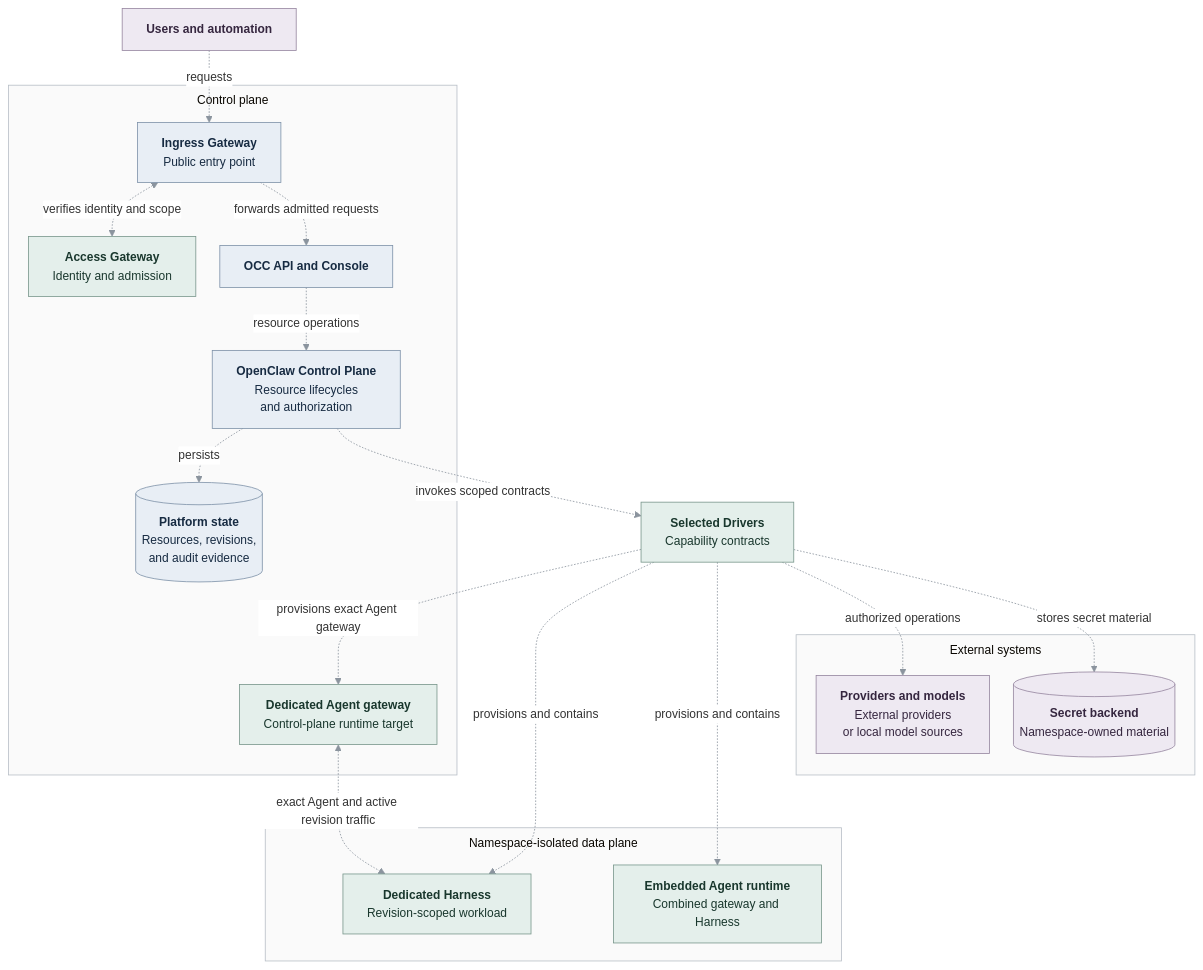
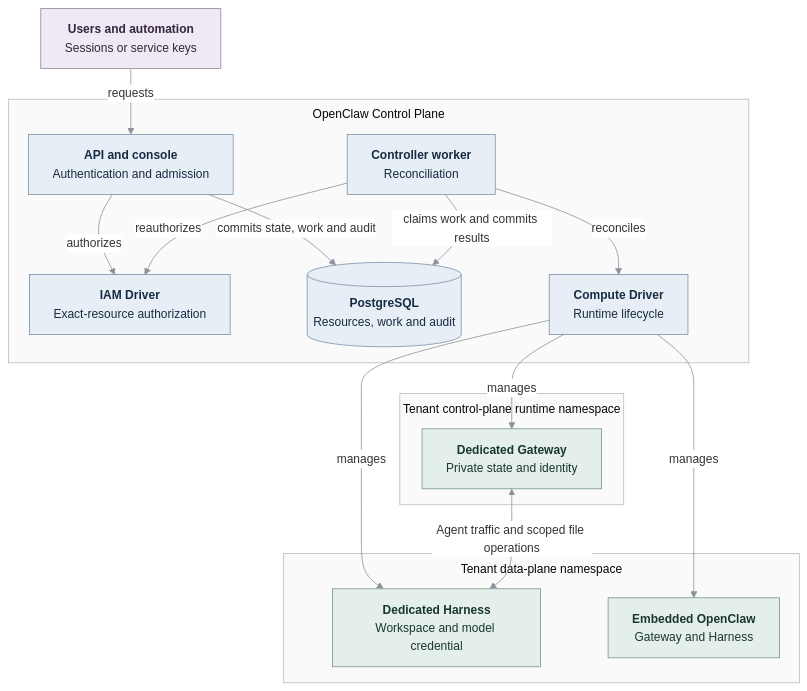
One commit to IsaiahStapleton/openclaw-enterprise changed the diagram in docs/design.md. Above: the diagram before and after it, drawn with Mermaid. The commit also changed other lines of this file and 22 other files, not shown here.

Commit message:
docs: consolidate platform architecture and implementation status

````diff
--- a/docs/design.md
+++ b/docs/design.md
@@ -152,63 +70,52 @@
 ```mermaid
 ---
 config:
   theme: base
+  htmlLabels: true
   themeVariables:
     fontSize: 15px
     lineColor: "#8b949e"
     edgeLabelBackground: "#ffffff"
   flowchart:
-    htmlLabels: true
     nodeSpacing: 30
-    rankSpacing: 45
+    rankSpacing: 40
     subGraphTitleMargin:
       top: 8
       bottom: 16
 ---
 flowchart TB
-    USERS["<b>Users and automation</b>"]
-
-    subgraph CONTROL["Control plane"]
-        INGRESS["<b>Ingress Gateway</b><br/>Public entry point"]
-        OAG["<b>Access Gateway</b><br/>Identity and admission"]
-        SURFACES["<b>OCC API and Console</b>"]
-        OCC["<b>OpenClaw Control Plane</b><br/>Resource lifecycles<br/>and authorization"]
-        STATE[("<b>Platform state</b><br/>Resources, revisions,<br/>and audit evidence")]
-        GATEWAY["<b>Dedicated Agent gateway</b><br/>Control-plane runtime target"]
+    USER["<b>Users and automation</b><br/>Sessions or service keys"]
+    subgraph OCC["OpenClaw Control Plane"]
+        API["<b>API and console</b><br/>Authentication and admission"]
+        IAM["<b>IAM Driver</b><br/>Exact-resource authorization"]
+        DB[("<b>PostgreSQL</b><br/>Resources, work and audit")]
+        WORKER["<b>Controller worker</b><br/>Reconciliation"]
+        COMPUTE["<b>Compute Driver</b><br/>Runtime lifecycle"]
     end
-
-    DRIVERS["<b>Selected Drivers</b><br/>Capability contracts"]
-
-    subgraph DATA["Namespace-isolated data plane"]
-        HARNESS["<b>Dedicated Harness</b><br/>Revision-scoped workload"]
-        EMBEDDED["<b>Embedded Agent runtime</b><br/>Combined gateway and Harness"]
+    subgraph CP["Tenant control-plane runtime namespace"]
+        GATEWAY["<b>Dedicated Gateway</b><br/>Private state and identity"]
     end
-
-    subgraph EXTERNAL["External systems"]
-        PROVIDERS["<b>Providers and models</b><br/>External providers<br/>or local model sources"]
-        SECRETS[("<b>Secret backend</b><br/>Namespace-owned material")]
+    subgraph DP["Tenant data-plane namespace"]
+        HARNESS["<b>Dedicated Harness</b><br/>Workspace and model credential"]
+        EMBEDDED["<b>Embedded OpenClaw</b><br/>Gateway and Harness"]
     end
-
-    USERS -.->|"requests"| INGRESS
-    INGRESS <-.->|"verifies identity and scope"| OAG
-    INGRESS -.->|"forwards admitted requests"| SURFACES
-    SURFACES -.->|"resource operations"| OCC
-    OCC -.->|"persists"| STATE
-    OCC -.->|"invokes scoped contracts"| DRIVERS
-    DRIVERS -.->|"provisions exact Agent gateway"| GATEWAY
-    DRIVERS -.->|"provisions and contains"| HARNESS
-    DRIVERS -.->|"provisions and contains"| EMBEDDED
-    GATEWAY <-.->|"exact Agent and active revision traffic"| HARNESS
-    DRIVERS -.->|"authorized operations"| PROVIDERS
-    DRIVERS -.->|"stores secret material"| SECRETS
-
+    USER -->|"requests"| API
+    API -->|"authorizes"| IAM
+    API -->|"commits state, work and audit"| DB
+    WORKER -->|"claims work and commits results"| DB
+    WORKER -->|"reauthorizes"| IAM
+    WORKER -->|"reconciles"| COMPUTE
+    COMPUTE -->|"manages"| GATEWAY
+    COMPUTE -->|"manages"| HARNESS
+    COMPUTE -->|"manages"| EMBEDDED
+    GATEWAY <-->|"Agent traffic and scoped file operations"| HARNESS
     classDef platform fill:#e8eef5,stroke:#7d91a8,color:#172b42,stroke-width:1px
-    classDef capability fill:#e4efeb,stroke:#78968b,color:#19372d,stroke-width:1px
+    classDef runtime fill:#e4efeb,stroke:#78968b,color:#19372d,stroke-width:1px
     classDef external fill:#eee9f2,stroke:#95859f,color:#35263f,stroke-width:1px
-    class INGRESS,SURFACES,OCC,STATE platform
-    class OAG,DRIVERS,GATEWAY,HARNESS,EMBEDDED capability
-    class USERS,PROVIDERS,SECRETS external
-    style CONTROL fill:#fafafa,stroke:#b7bec6,stroke-width:1px
-    style DATA fill:#fafafa,stroke:#b7bec6,stroke-width:1px
-    style EXTERNAL fill:#fafafa,stroke:#b7bec6,stroke-width:1px
+    class API,IAM,DB,WORKER,COMPUTE platform
+    class GATEWAY,HARNESS,EMBEDDED runtime
+    class USER external
+    style OCC fill:#fafafa,stroke:#b7bec6,stroke-width:1px
+    style CP fill:#fafafa,stroke:#b7bec6,stroke-width:1px
+    style DP fill:#fafafa,stroke:#b7bec6,stroke-width:1px
 ```
````
